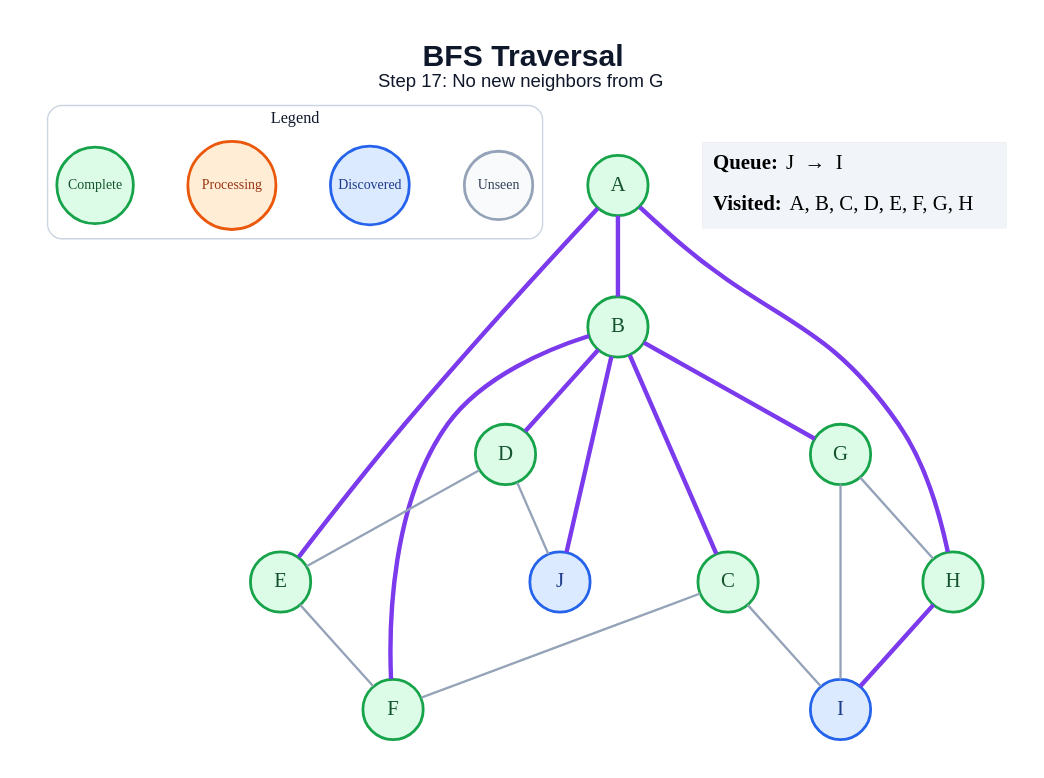
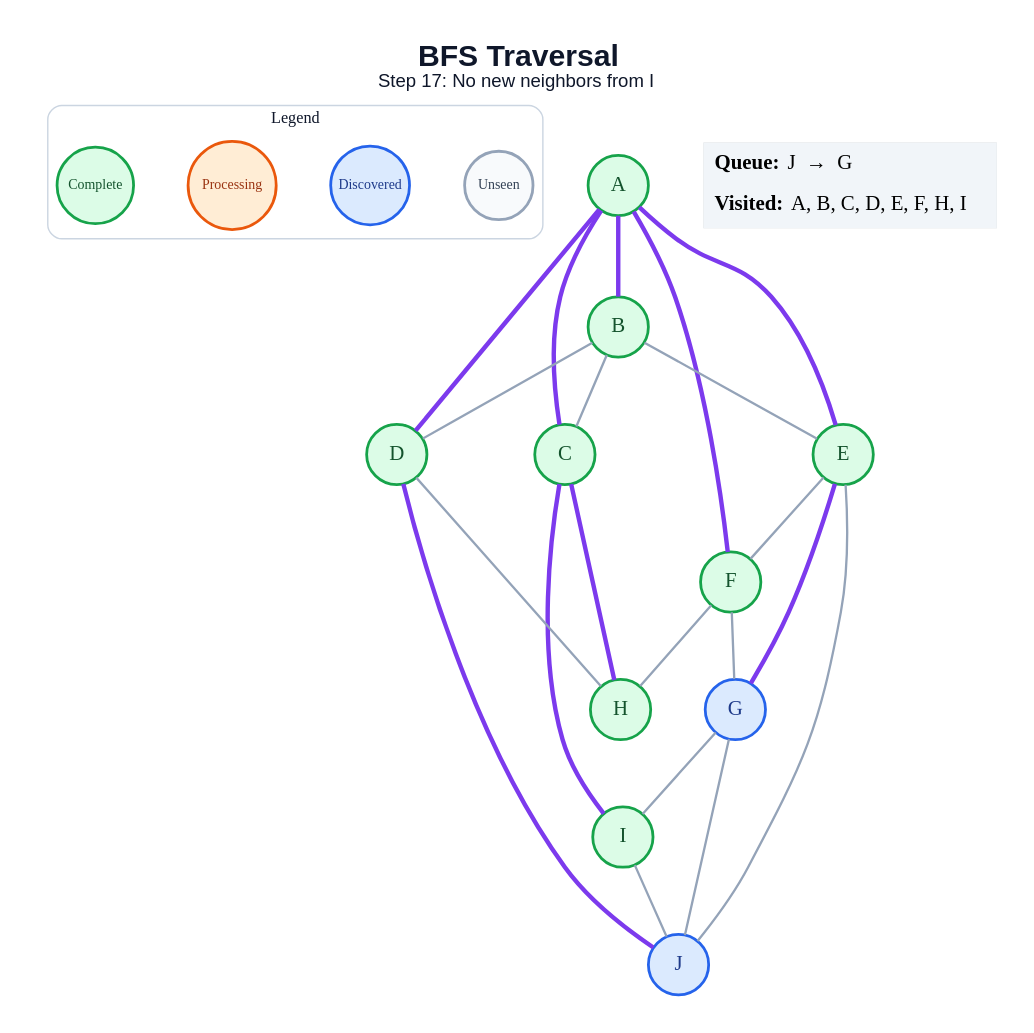
The diagram in generated/bfs/step_17.dot (amanghodawala9/ai-slop), drawn with Graphviz before and after one commit. The commit also changed 178 other files, not shown here.

```diff
--- a/generated/bfs/step_17.dot
+++ b/generated/bfs/step_17.dot
@@ -1,45 +1,49 @@
 graph traversal {
   graph [layout=dot, rankdir=TB, bgcolor="#FFFFFF", pad="0.35", nodesep="0.65", ranksep="0.8", fontname="Arial"];
   node [shape=circle, style="filled", fontname="Arial Bold", fontsize=18, width=0.72, fixedsize=true, penwidth=2.4];
   edge [color="#94A3B8", penwidth=2.0];
-  label=<<B>BFS Traversal</B><BR/><FONT POINT-SIZE="16">Step 17: No new neighbors from G</FONT>>; labelloc="t"; fontsize=26; fontname="Arial"; fontcolor="#0F172A";
+  label=<<B>BFS Traversal</B><BR/><FONT POINT-SIZE="16">Step 17: No new neighbors from I</FONT>>; labelloc="t"; fontsize=26; fontname="Arial"; fontcolor="#0F172A";
   subgraph cluster_legend { label="Legend"; color="#CBD5E1"; penwidth=1.2; style="rounded"; fontsize=14; fontname="Arial Bold";
     key_unseen [label="Unseen", fillcolor="#F8FAFC", color="#94A3B8", fontcolor="#334155", fontsize=12, width=0.82];
     key_frontier [label="Discovered", fillcolor="#DBEAFE", color="#2563EB", fontcolor="#1E3A8A", fontsize=12, width=0.95];
     key_current [label="Processing", fillcolor="#FFEDD5", color="#EA580C", fontcolor="#9A3412", fontsize=12, width=1.05];
     key_done [label="Complete", fillcolor="#DCFCE7", color="#16A34A", fontcolor="#14532D", fontsize=12, width=0.92];
     { rank=same; key_unseen; key_frontier; key_current; key_done; }
   }
   A [fillcolor="#DCFCE7", color="#16A34A", fontcolor="#14532D"];
   B [fillcolor="#DCFCE7", color="#16A34A", fontcolor="#14532D"];
   C [fillcolor="#DCFCE7", color="#16A34A", fontcolor="#14532D"];
   D [fillcolor="#DCFCE7", color="#16A34A", fontcolor="#14532D"];
   E [fillcolor="#DCFCE7", color="#16A34A", fontcolor="#14532D"];
   F [fillcolor="#DCFCE7", color="#16A34A", fontcolor="#14532D"];
-  G [fillcolor="#DCFCE7", color="#16A34A", fontcolor="#14532D"];
+  G [fillcolor="#DBEAFE", color="#2563EB", fontcolor="#1E3A8A"];
   H [fillcolor="#DCFCE7", color="#16A34A", fontcolor="#14532D"];
-  I [fillcolor="#DBEAFE", color="#2563EB", fontcolor="#1E3A8A"];
+  I [fillcolor="#DCFCE7", color="#16A34A", fontcolor="#14532D"];
   J [fillcolor="#DBEAFE", color="#2563EB", fontcolor="#1E3A8A"];
   A -- B [color="#7C3AED", penwidth=3.8];
+  A -- C [color="#7C3AED", penwidth=3.8];
+  A -- D [color="#7C3AED", penwidth=3.8];
   A -- E [color="#7C3AED", penwidth=3.8];
-  A -- H [color="#7C3AED", penwidth=3.8];
-  B -- C [color="#7C3AED", penwidth=3.8];
-  B -- D [color="#7C3AED", penwidth=3.8];
-  B -- F [color="#7C3AED", penwidth=3.8];
-  B -- G [color="#7C3AED", penwidth=3.8];
-  B -- J [color="#7C3AED", penwidth=3.8];
-  C -- F;
-  C -- I;
-  D -- E;
-  D -- J;
+  A -- F [color="#7C3AED", penwidth=3.8];
+  B -- C;
+  B -- D;
+  B -- E;
+  C -- H [color="#7C3AED", penwidth=3.8];
+  C -- I [color="#7C3AED", penwidth=3.8];
+  D -- H;
+  D -- J [color="#7C3AED", penwidth=3.8];
   E -- F;
-  G -- H;
+  E -- G [color="#7C3AED", penwidth=3.8];
+  E -- J;
+  F -- G;
+  F -- H;
   G -- I;
-  H -- I [color="#7C3AED", penwidth=3.8];
+  G -- J;
+  I -- J;
   status [shape=plain, fixedsize=false, width=0, height=0, margin=0, label=<
     <TABLE BORDER="0" CELLBORDER="0" CELLPADDING="7" BGCOLOR="#F1F5F9">
-      <TR><TD ALIGN="LEFT"><B>Queue:</B> J  →  I</TD></TR>
-      <TR><TD ALIGN="LEFT"><B>Visited:</B> A, B, C, D, E, F, G, H</TD></TR>
+      <TR><TD ALIGN="LEFT"><B>Queue:</B> J  →  G</TD></TR>
+      <TR><TD ALIGN="LEFT"><B>Visited:</B> A, B, C, D, E, F, H, I</TD></TR>
     </TABLE>
   >];
 }
```
